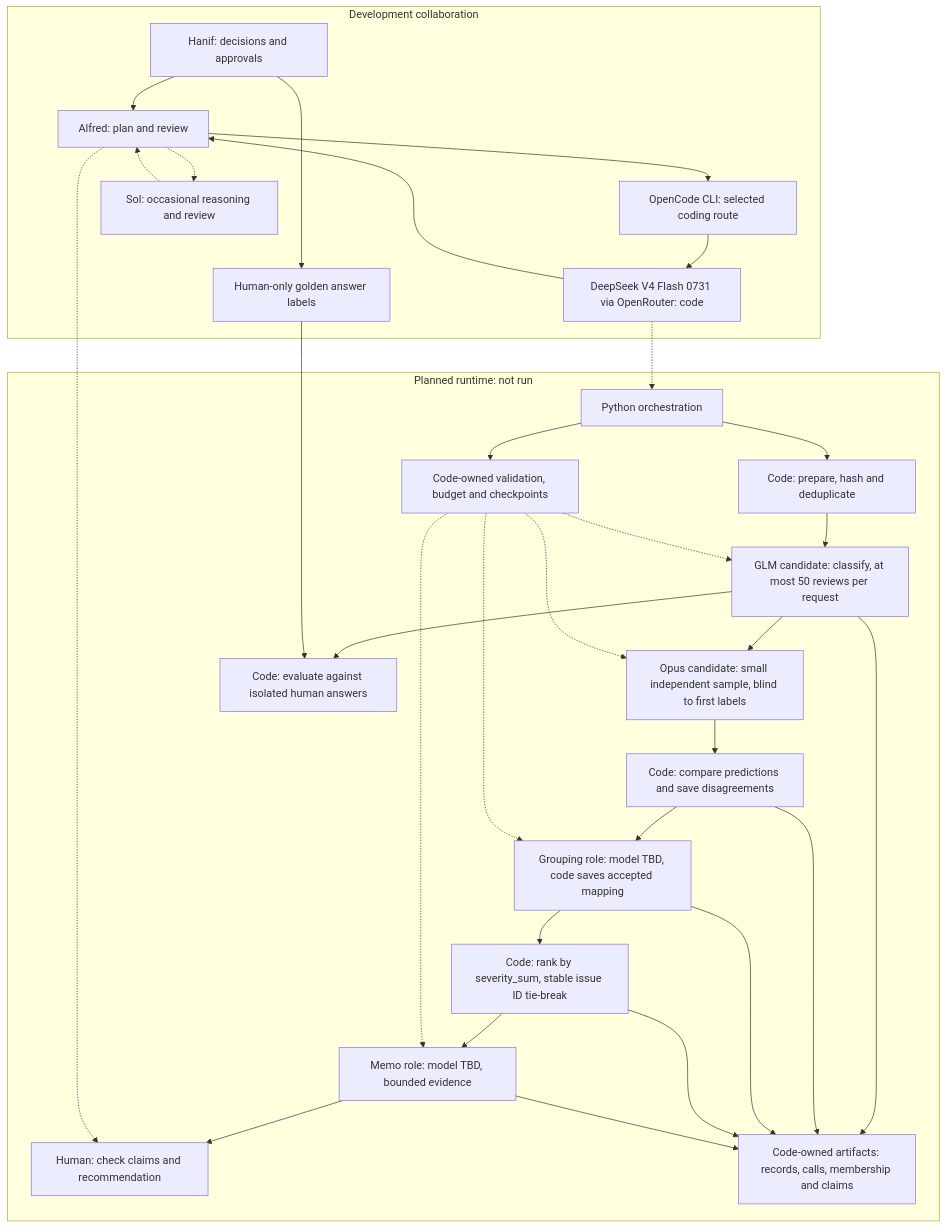
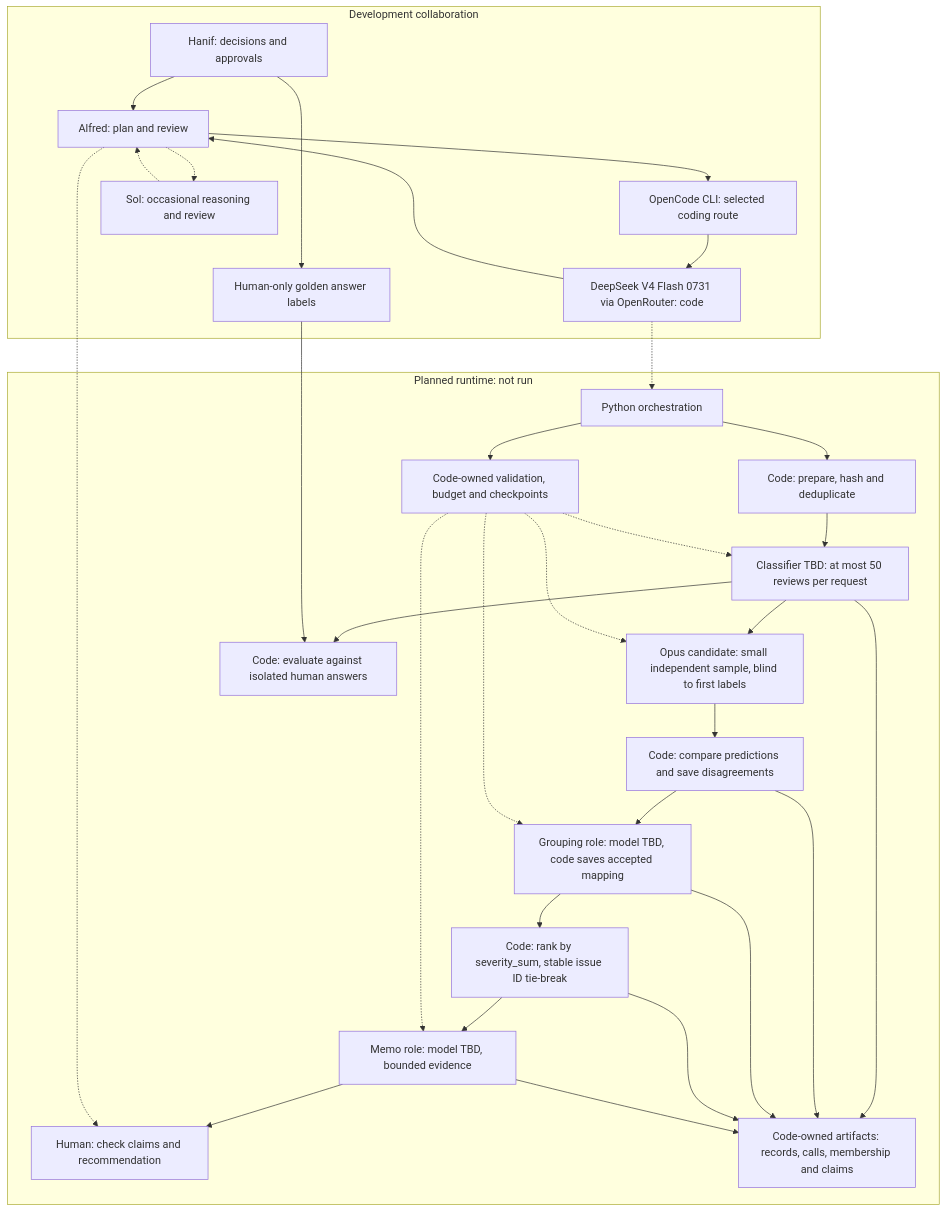
One commit to patronofalltrades/Fundamentals-of-Agentic-AI-Final-Assignment changed the diagram in docs/architecture.md. Above: the diagram before and after it, drawn with Mermaid. The commit also changed other lines of this file and 6 other files, not shown here.

````diff
--- a/docs/architecture.md
+++ b/docs/architecture.md
@@ -7,56 +7,56 @@
 ```mermaid
 flowchart TB
     subgraph DEV[Development collaboration]
         Hanif[Hanif: decisions and approvals]
         Alfred[Alfred: plan and review]
         CLI[OpenCode CLI: selected coding route]
         DeepSeek[DeepSeek V4 Flash 0731 via OpenRouter: code]
         Sol[Sol: occasional reasoning and review]
         Golden[Human-only golden answer labels]
         Hanif --> Alfred
         Alfred --> CLI
         CLI --> DeepSeek
         DeepSeek --> Alfred
         Alfred -.-> Sol
         Sol -.-> Alfred
         Hanif --> Golden
     end
 
     subgraph RUN[Planned runtime: not run]
         Python[Python orchestration]
         Prepare[Code: prepare, hash and deduplicate]
-        Classify[GLM candidate: classify, at most 50 reviews per request]
+        Classify[Classifier TBD: at most 50 reviews per request]
         Verify[Opus candidate: small independent sample, blind to first labels]
         Compare[Code: compare predictions and save disagreements]
         Group[Grouping role: model TBD, code saves accepted mapping]
         Rank[Code: rank by severity_sum, stable issue ID tie-break]
         Memo[Memo role: model TBD, bounded evidence]
         Human[Human: check claims and recommendation]
         Saved[Code-owned artifacts: records, calls, membership and claims]
         Controls[Code-owned validation, budget and checkpoints]
         Eval[Code: evaluate against isolated human answers]
         Python --> Prepare
         Prepare --> Classify
         Classify --> Verify
         Verify --> Compare
         Compare --> Group
         Group --> Rank
         Rank --> Memo
         Memo --> Human
         Python --> Controls
         Controls -.-> Classify
         Controls -.-> Verify
         Controls -.-> Group
         Controls -.-> Memo
         Classify --> Saved
         Compare --> Saved
         Group --> Saved
         Rank --> Saved
         Memo --> Saved
         Classify --> Eval
     end
 
     DeepSeek -.-> Python
     Alfred -.-> Human
     Golden --> Eval
 ```
````
